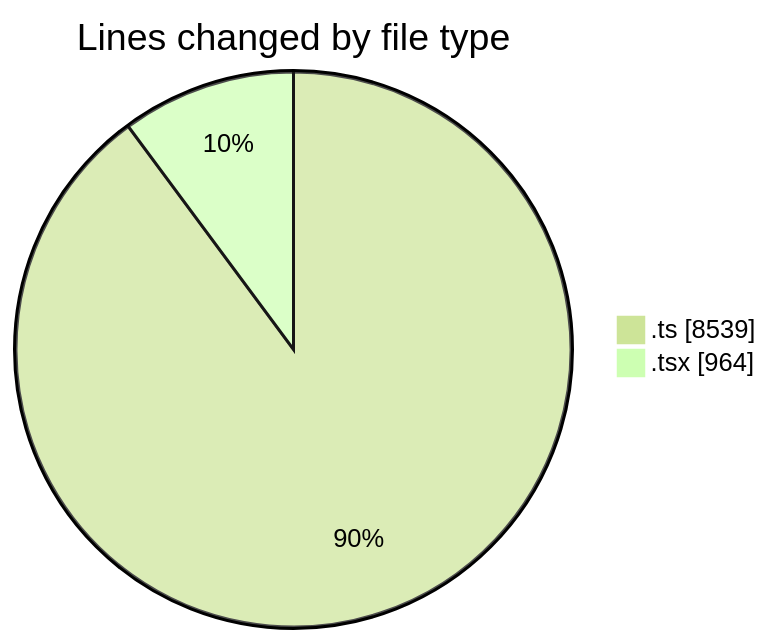
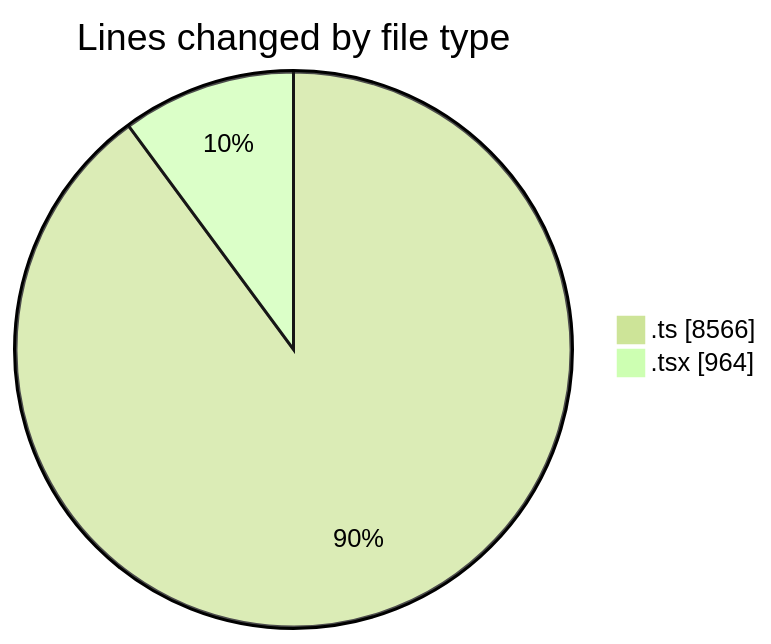
One commit to momahboobian/code-tracking changed the first of 2 diagrams in 2025-07-14/cda/README.md. Above: the diagram before and after it, drawn with Mermaid (forest theme). The commit also changed other lines of this file and 1 other file, not shown here.

````diff
--- a/2025-07-14/cda/README.md
+++ b/2025-07-14/cda/README.md
@@ -26,6 +26,6 @@
 ```mermaid
 pie showData
 title Lines changed by file type
-".ts" : 8539
+".ts" : 8566
 ".tsx" : 964
 ```
````
